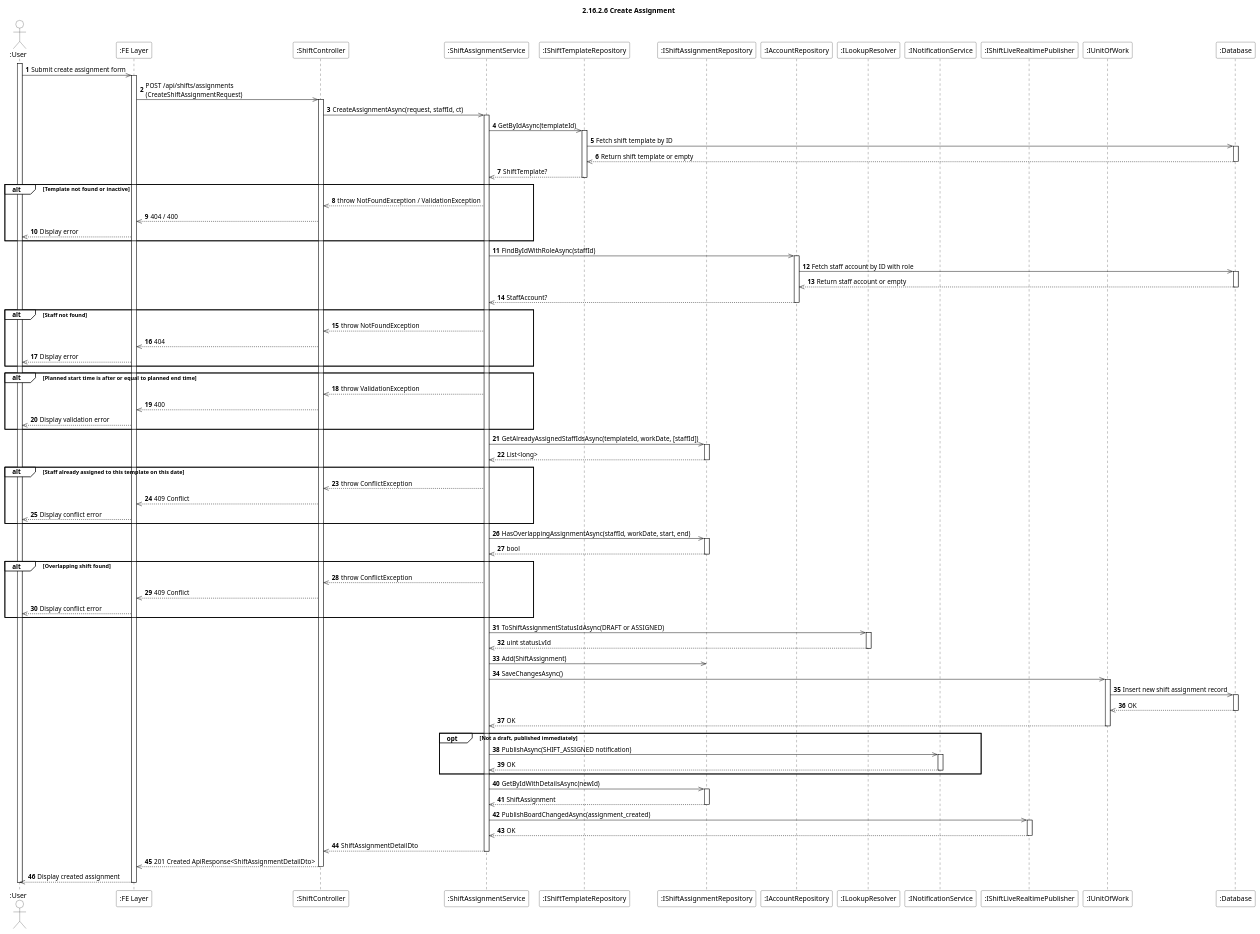
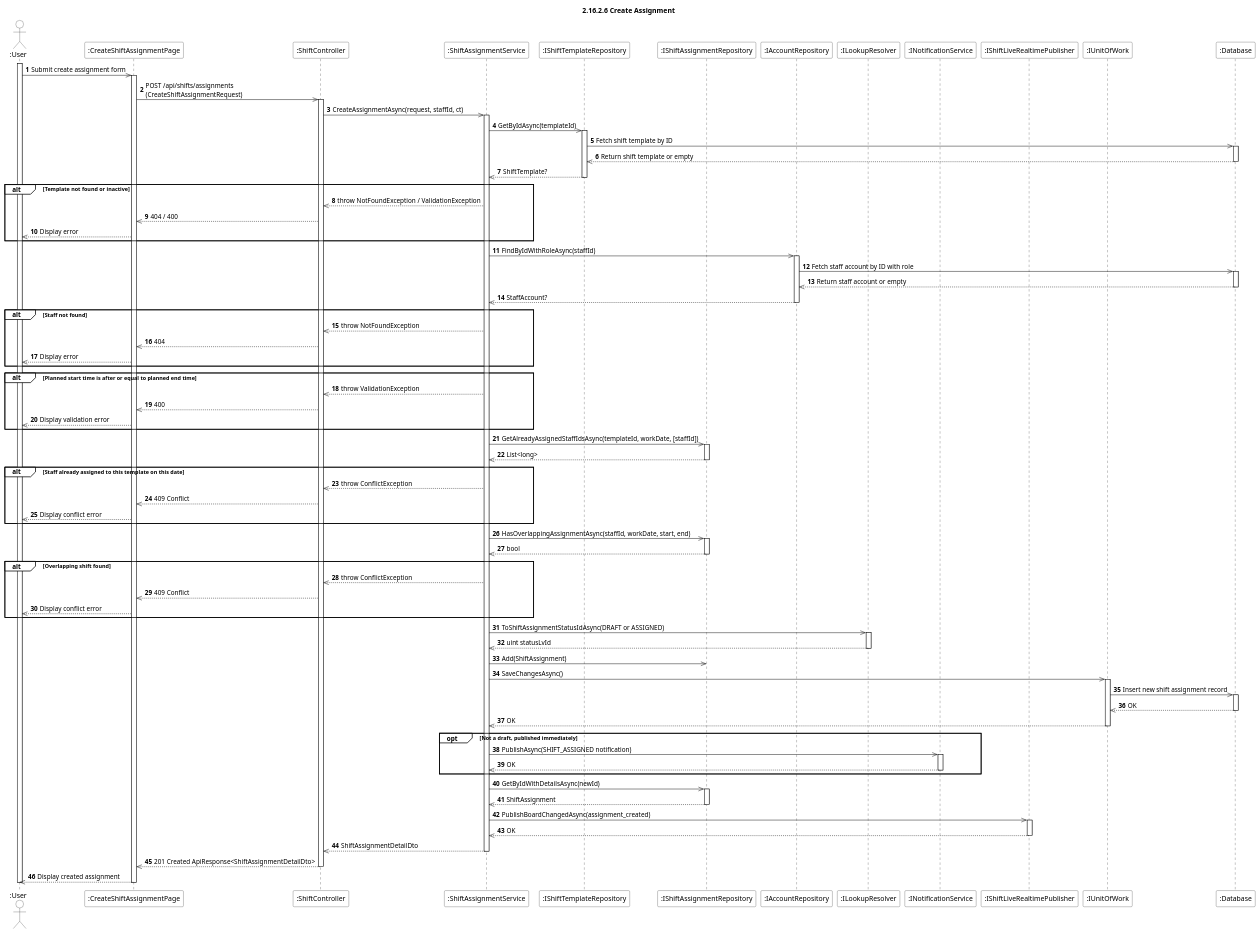
The diagram in Docs/Software Design Specification/Shift Management/sequence-diagrams/2.16.2.6-create-assignment.puml (aulacvietnameseeatery-source/aulac_be), drawn with PlantUML before and after one commit. The commit also changed 27 other files, not shown here.

First line of the commit message:
Refactor sequence diagrams for Inventory and Shift Management

```diff
--- a/Docs/Software Design Specification/Shift Management/sequence-diagrams/2.16.2.6-create-assignment.puml
+++ b/Docs/Software Design Specification/Shift Management/sequence-diagrams/2.16.2.6-create-assignment.puml
@@ -1,124 +1,124 @@
 @startuml
 autonumber
 title 2.16.2.6 Create Assignment
 skinparam sequence {
     ParticipantBackgroundColor #ffffff
     ActorBackgroundColor #ffffff
 }
 
 actor ":User" as U
-participant ":FE Layer" as Client
+participant ":CreateShiftAssignmentPage" as Client
 participant ":ShiftController" as Ctrl
 participant ":ShiftAssignmentService" as Svc
 participant ":IShiftTemplateRepository" as TRepo
 participant ":IShiftAssignmentRepository" as ARepo
 participant ":IAccountRepository" as AccRepo
 participant ":ILookupResolver" as Lookup
 participant ":INotificationService" as Notif
 participant ":IShiftLiveRealtimePublisher" as RT
 participant ":IUnitOfWork" as UoW
 participant ":Database" as DB
 
 activate U
 U ->> Client : Submit create assignment form
 activate Client
 Client ->> Ctrl : POST /api/shifts/assignments\n(CreateShiftAssignmentRequest)
 activate Ctrl
 Ctrl ->> Svc : CreateAssignmentAsync(request, staffId, ct)
 activate Svc
 
 Svc ->> TRepo : GetByIdAsync(templateId)
 activate TRepo
 TRepo ->> DB : Fetch shift template by ID
 activate DB
 DB -->> TRepo : Return shift template or empty
 deactivate DB
 TRepo -->> Svc : ShiftTemplate?
 deactivate TRepo
 alt#White Template not found or inactive
     Svc -->> Ctrl : throw NotFoundException / ValidationException
     Ctrl -->> Client : 404 / 400
     Client -->> U : Display error
 end
 
 Svc ->> AccRepo : FindByIdWithRoleAsync(staffId)
 activate AccRepo
 AccRepo ->> DB : Fetch staff account by ID with role
 activate DB
 DB -->> AccRepo : Return staff account or empty
 deactivate DB
 AccRepo -->> Svc : StaffAccount?
 deactivate AccRepo
 alt#White Staff not found
     Svc -->> Ctrl : throw NotFoundException
     Ctrl -->> Client : 404
     Client -->> U : Display error
 end
 
 alt#White Planned start time is after or equal to planned end time
     Svc -->> Ctrl : throw ValidationException
     Ctrl -->> Client : 400
     Client -->> U : Display validation error
 end
 
 Svc ->> ARepo : GetAlreadyAssignedStaffIdsAsync(templateId, workDate, [staffId])
 activate ARepo
 ARepo -->> Svc : List<long>
 deactivate ARepo
 alt#White Staff already assigned to this template on this date
     Svc -->> Ctrl : throw ConflictException
     Ctrl -->> Client : 409 Conflict
     Client -->> U : Display conflict error
 end
 
 Svc ->> ARepo : HasOverlappingAssignmentAsync(staffId, workDate, start, end)
 activate ARepo
 ARepo -->> Svc : bool
 deactivate ARepo
 alt#White Overlapping shift found
     Svc -->> Ctrl : throw ConflictException
     Ctrl -->> Client : 409 Conflict
     Client -->> U : Display conflict error
 end
 
 Svc ->> Lookup : ToShiftAssignmentStatusIdAsync(DRAFT or ASSIGNED)
 activate Lookup
 Lookup -->> Svc : uint statusLvId
 deactivate Lookup
 
 Svc ->> ARepo : Add(ShiftAssignment)
 Svc ->> UoW : SaveChangesAsync()
 activate UoW
 UoW ->> DB : Insert new shift assignment record
 activate DB
 DB -->> UoW : OK
 deactivate DB
 UoW -->> Svc : OK
 deactivate UoW
 
 opt#White Not a draft, published immediately
     Svc ->> Notif : PublishAsync(SHIFT_ASSIGNED notification)
     activate Notif
     Notif -->> Svc : OK
     deactivate Notif
 end
 
 Svc ->> ARepo : GetByIdWithDetailsAsync(newId)
 activate ARepo
 ARepo -->> Svc : ShiftAssignment
 deactivate ARepo
 
 Svc ->> RT : PublishBoardChangedAsync(assignment_created)
 activate RT
 RT -->> Svc : OK
 deactivate RT
 
 Svc -->> Ctrl : ShiftAssignmentDetailDto
 deactivate Svc
 Ctrl -->> Client : 201 Created ApiResponse<ShiftAssignmentDetailDto>
 deactivate Ctrl
 Client -->> U : Display created assignment
 deactivate Client
 deactivate U
 
 @enduml
```
